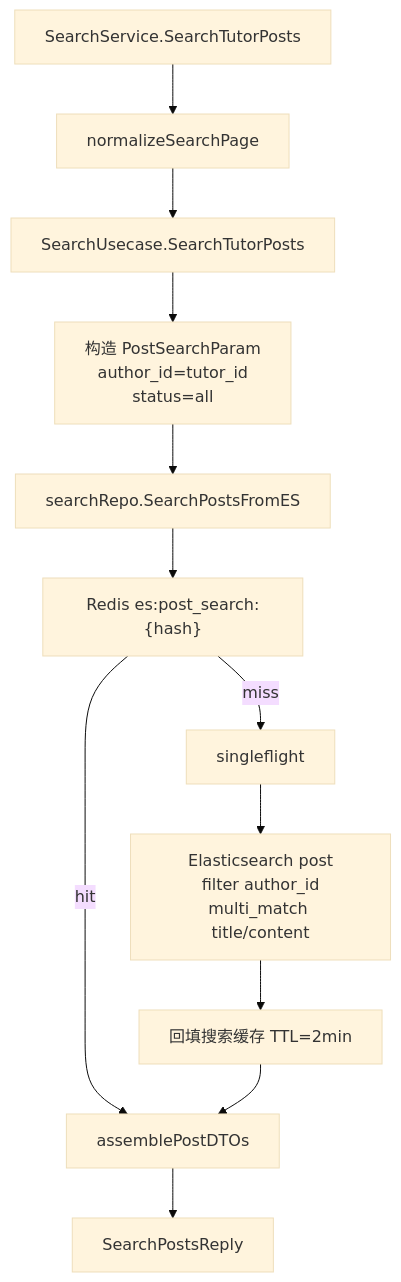
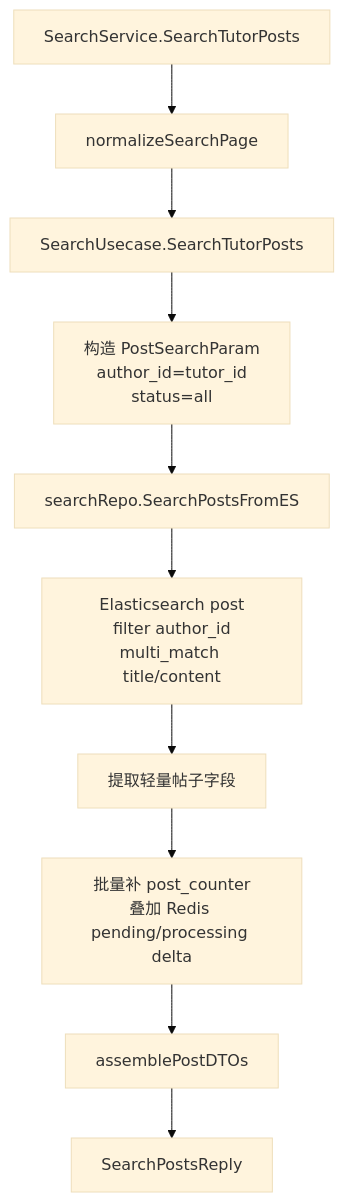
Before and after one commit to weiyi-ch/Comment-Project: diagram 15 of 29 in comment-service/docs/data-flow-tracing-report.md, drawn with Mermaid (base theme). The commit also changed other lines of this file and 27 other files, not shown here.

````diff
--- a/comment-service/docs/data-flow-tracing-report.md
+++ b/comment-service/docs/data-flow-tracing-report.md
@@ -772,14 +770,12 @@
 ```mermaid
 flowchart TD
     A["SearchService.SearchTutorPosts"] --> B["normalizeSearchPage"]
     B --> C["SearchUsecase.SearchTutorPosts"]
     C --> D["构造 PostSearchParam\nauthor_id=tutor_id\nstatus=all"]
     D --> E["searchRepo.SearchPostsFromES"]
-    E --> F["Redis es:post_search:{hash}"]
-    F -->|hit| J["assemblePostDTOs"]
-    F -->|miss| G["singleflight"]
-    G --> H["Elasticsearch post\nfilter author_id\nmulti_match title/content"]
-    H --> I["回填搜索缓存 TTL=2min"]
-    I --> J
+    E --> H["Elasticsearch post\nfilter author_id\nmulti_match title/content"]
+    H --> I["提取轻量帖子字段"]
+    I --> L["批量补 post_counter\n叠加 Redis pending/processing delta"]
+    L --> J["assemblePostDTOs"]
     J --> K["SearchPostsReply"]
 ```
````
